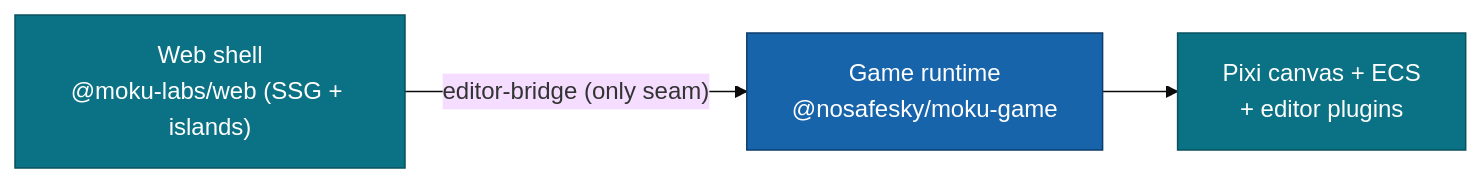
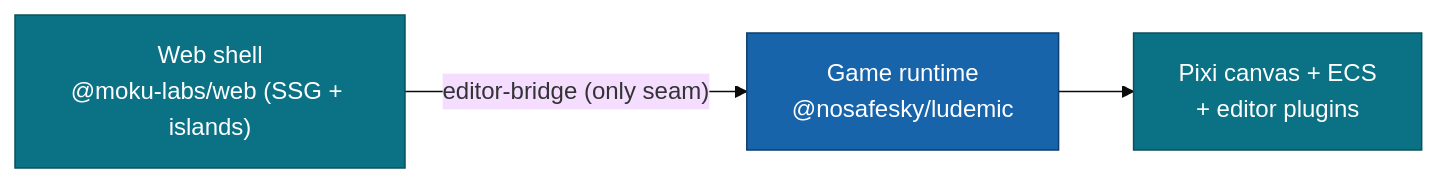
One commit to NoSafeSky/moku-game changed the diagram in editor/README.md. Above: the diagram before and after it, drawn with Mermaid (base theme). The commit also changed other lines of this file and 17 other files, not shown here.

First line of the commit message:
chore: rename @nosafesky/moku-game → @nosafesky/ludemic in the editor app

````diff
--- a/editor/README.md
+++ b/editor/README.md
@@ -68,9 +68,9 @@
 ```mermaid
 flowchart LR
-  Shell["Web shell<br/>@moku-labs/web (SSG + islands)"] -->|"editor-bridge (only seam)"| Game["Game runtime<br/>@nosafesky/moku-game"]
+  Shell["Web shell<br/>@moku-labs/web (SSG + islands)"] -->|"editor-bridge (only seam)"| Game["Game runtime<br/>@nosafesky/ludemic"]
   Game --> Canvas["Pixi canvas + ECS<br/>+ editor plugins"]
   classDef u fill:#0b7285,stroke:#08525f,color:#fff;
   classDef m fill:#1864ab,stroke:#0d3d6e,color:#fff;
   class Shell,Canvas u
   class Game m
 ```
````
